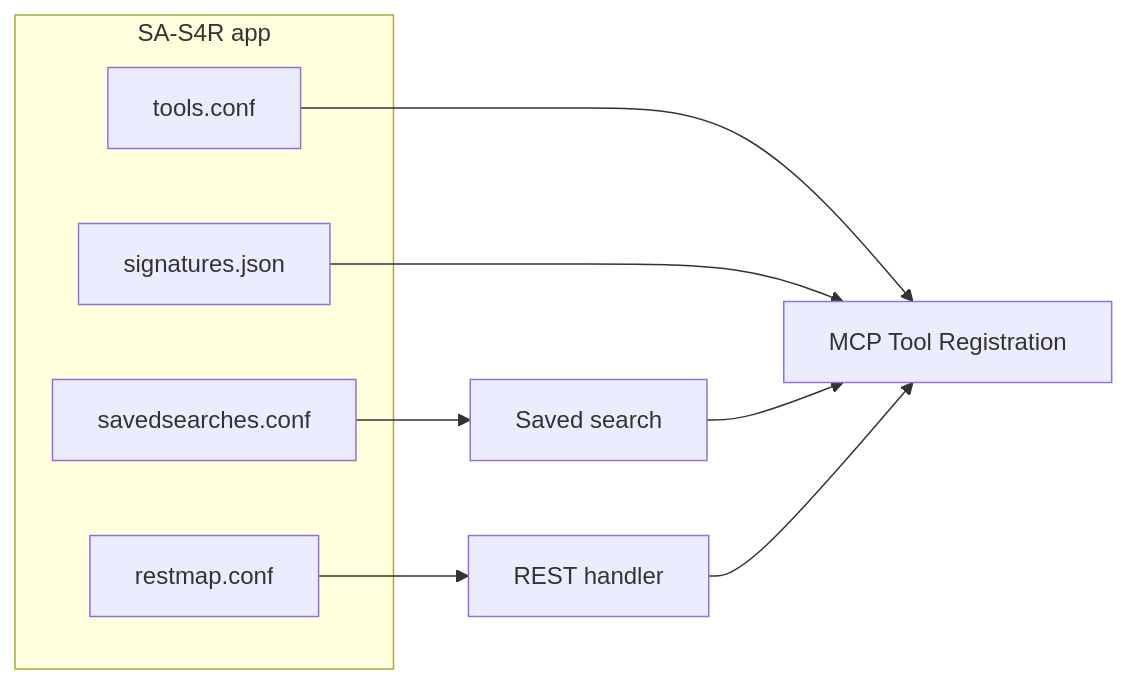
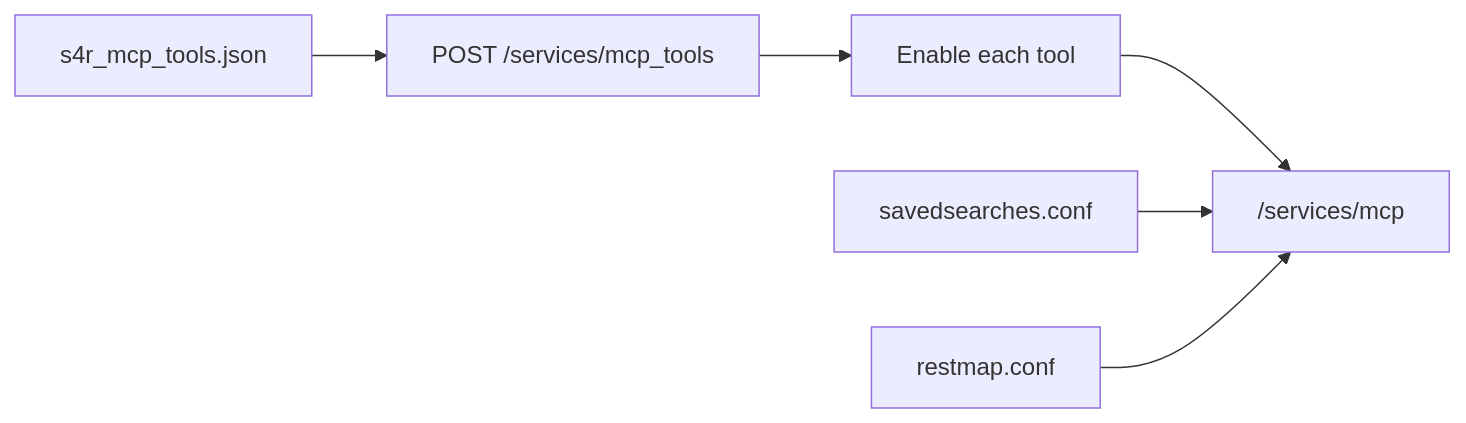
Before and after one commit to dd-Splunk/splunk-mcp: the second of 6 diagrams in demo-slides/s4r-demo-slides.md, drawn with Mermaid. The commit also changed other lines of this file and 21 other files, not shown here.

First line of the commit message:
Register SA-S4R MCP tools inside splunk-init.

```diff
--- a/demo-slides/s4r-demo-slides.md
+++ b/demo-slides/s4r-demo-slides.md
@@ -203,18 +203,12 @@
 <pre class="mermaid">
 flowchart LR
-  subgraph APP["SA-S4R app"]
-    TC["tools.conf"]
-    SIG["signatures.json"]
-    SS["savedsearches.conf"]
-    RM["restmap.conf"]
-  end
-  REG["MCP Tool Registration"]
-  SPL["Saved search"]
-  REST["REST handler"]
-  TC --> REG
-  SIG --> REG
-  SS --> SPL
-  RM --> REST
-  SPL --> REG
-  REST --> REG
+  JSON["s4r_mcp_tools.json"]
+  REG["POST /services/mcp_tools"]
+  EN["Enable each tool"]
+  MCP["/services/mcp"]
+  SS["savedsearches.conf"]
+  RM["restmap.conf"]
+  JSON --> REG --> EN --> MCP
+  SS --> MCP
+  RM --> MCP
 </pre>
```
